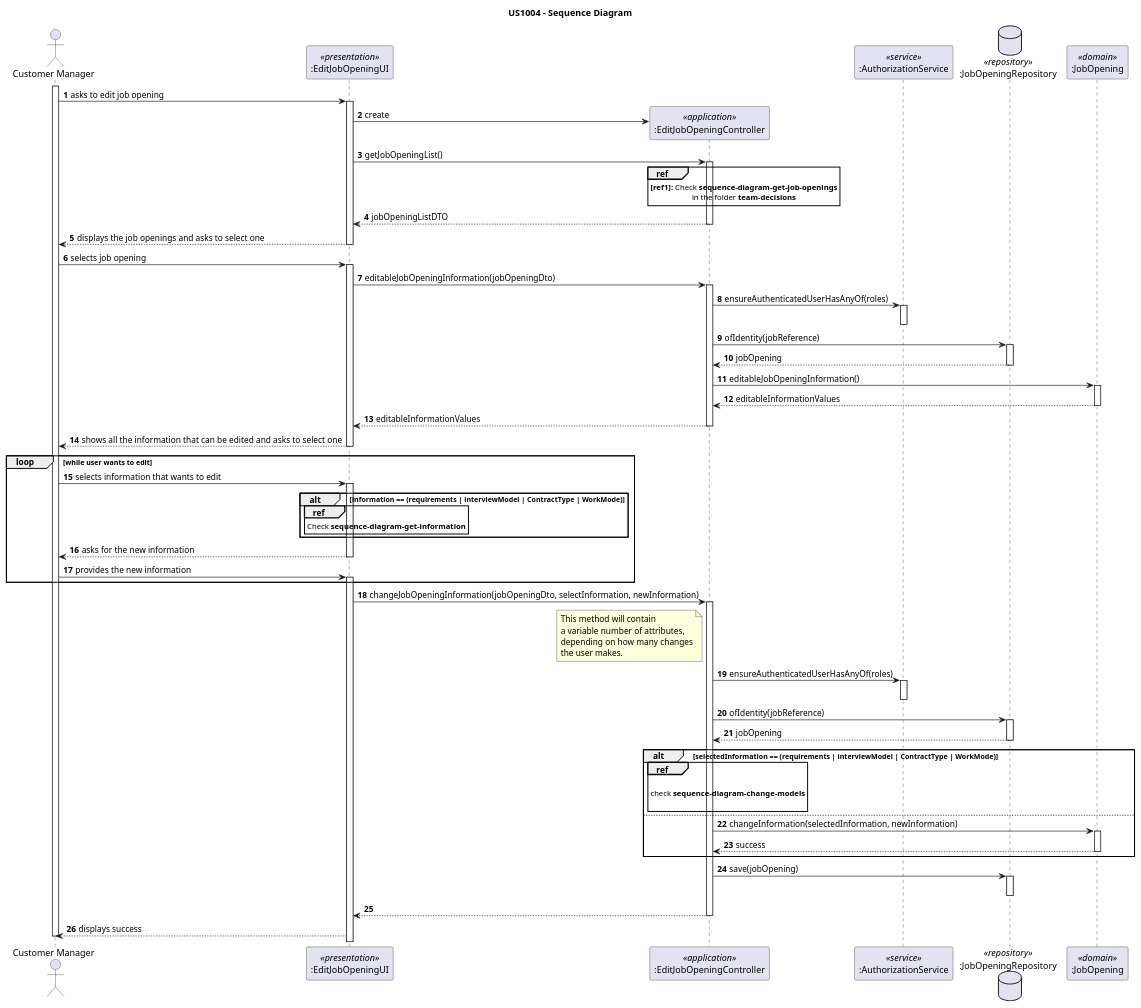
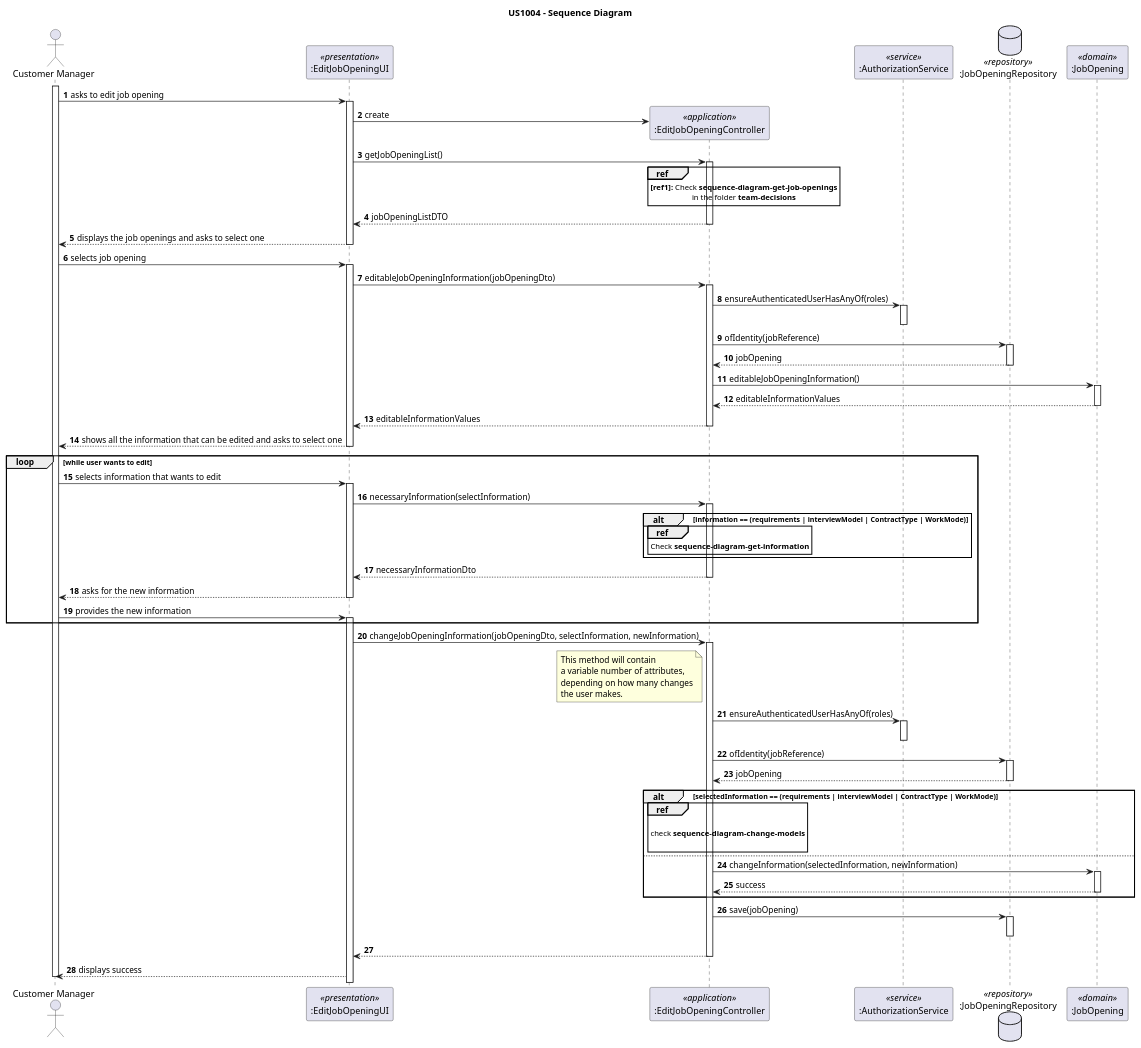
The diagram in docs/sprint-c/us_1004/design-diagrams/sequence-diagram.puml (rita-barbosa/LAPR4-2324), drawn with PlantUML before and after one commit. The commit also changed 5 other files, not shown here.

Commit message:
docs: updates sequence and class diagram to correct mistake in design. [closes #254]

```diff
--- a/docs/sprint-c/us_1004/design-diagrams/sequence-diagram.puml
+++ b/docs/sprint-c/us_1004/design-diagrams/sequence-diagram.puml
@@ -1,132 +1,138 @@
 @startuml
 'https://plantuml.com/sequence-diagram
 
 title US1004 - Sequence Diagram
 
 autonumber
 
 actor "Customer Manager" as USER
 participant ":EditJobOpeningUI" as UI <<presentation>>
 participant ":EditJobOpeningController" as CTRL <<application>>
 participant ":AuthorizationService" as AUTHZ <<service>>
 database ":JobOpeningRepository" as JO_REPO <<repository>>
 participant ":JobOpening" as JO <<domain>>
 
 activate USER
 
 USER -> UI : asks to edit job opening
 activate UI
 
 UI -> CTRL**: create
 
 UI -> CTRL : getJobOpeningList()
 activate CTRL
 
 ref over CTRL
 **[ref1]:** Check **sequence-diagram-get-job-openings**
 in the folder **team-decisions**
 end ref
 
 CTRL --> UI: jobOpeningListDTO
 deactivate CTRL
 
 UI --> USER : displays the job openings and asks to select one
 deactivate UI
 
 
 USER -> UI : selects job opening
 activate UI
 
     UI -> CTRL: editableJobOpeningInformation(jobOpeningDto)
     activate CTRL
 
     CTRL -> AUTHZ:  ensureAuthenticatedUserHasAnyOf(roles)
     activate AUTHZ
     deactivate AUTHZ
 
     CTRL -> JO_REPO: ofIdentity(jobReference)
     activate JO_REPO
 
     JO_REPO --> CTRL: jobOpening
     deactivate JO_REPO
 
     CTRL -> JO : editableJobOpeningInformation()
     activate JO
 
     JO --> CTRL: editableInformationValues
     deactivate JO
 
     CTRL --> UI: editableInformationValues
     deactivate CTRL
 
 
 UI --> USER : shows all the information that can be edited and asks to select one
 deactivate UI
 
 loop while user wants to edit
     USER -> UI : selects information that wants to edit
     activate UI
 
+    UI -> CTRL: necessaryInformation(selectInformation)
+    activate CTRL
+
     alt information == (requirements | interviewModel | ContractType | WorkMode)
 
-        ref over UI
+        ref over CTRL
             Check **sequence-diagram-get-information**
         end ref
     end alt
+
+    CTRL --> UI: necessaryInformationDto
+    deactivate CTRL
 
     UI --> USER : asks for the new information
     deactivate UI
 
     USER -> UI: provides the new information
     activate UI
 end loop
 
     UI -> CTRL: changeJobOpeningInformation(jobOpeningDto, selectInformation, newInformation)
     activate CTRL
 
         note left CTRL
         This method will contain
         a variable number of attributes,
         depending on how many changes
         the user makes.
         end note
 
     CTRL -> AUTHZ:  ensureAuthenticatedUserHasAnyOf(roles)
     activate AUTHZ
     deactivate AUTHZ
 
     CTRL -> JO_REPO: ofIdentity(jobReference)
     activate JO_REPO
 
     JO_REPO --> CTRL: jobOpening
     deactivate JO_REPO
 
     alt selectedInformation == (requirements | interviewModel | ContractType | WorkMode)
         ref over CTRL
 
             check **sequence-diagram-change-models**
 
         end ref
     else
 
     CTRL -> JO: changeInformation(selectedInformation, newInformation)
     activate JO
 
     JO --> CTRL: success
     deactivate JO
 
     end alt
 
     CTRL -> JO_REPO: save(jobOpening)
     activate JO_REPO
     deactivate JO_REPO
 
 CTRL --> UI:
 deactivate CTRL
 
 UI --> USER: displays success
 
 deactivate USER
 
 
 @enduml
```
